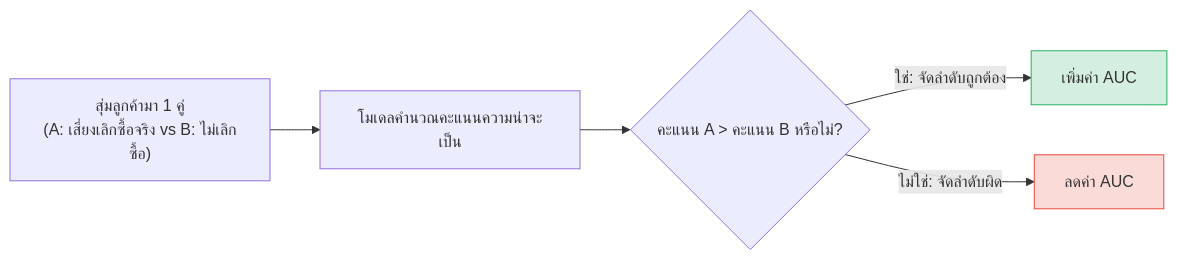
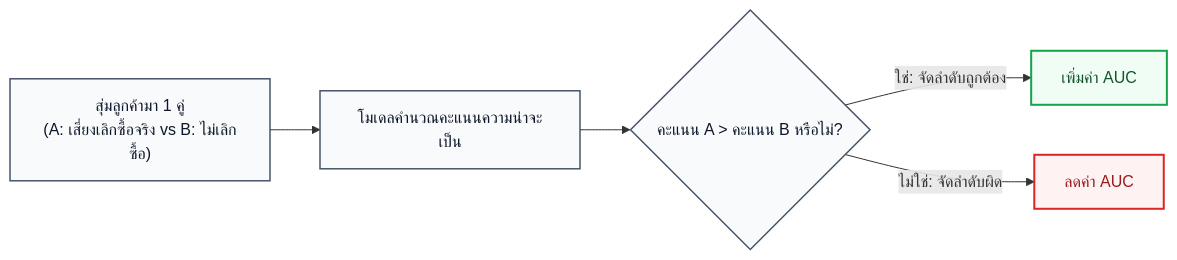
Before and after one commit to DataFabric-Academy/ms-fabric-data-science: the second of 2 diagrams in docs/05-mlflow-training.md, drawn with Mermaid. The commit also changed other lines of this file and 6 other files, not shown here.

````diff
--- a/docs/05-mlflow-training.md
+++ b/docs/05-mlflow-training.md
@@ -60,11 +69,16 @@
 ```mermaid
 flowchart LR
     A["สุ่มลูกค้ามา 1 คู่<br/>(A: เสี่ยงเลิกซื้อจริง vs B: ไม่เลิกซื้อ)"]
     --> B["โมเดลคำนวณคะแนนความน่าจะเป็น"]
     --> C{"คะแนน A > คะแนน B หรือไม่?"}
     C -->|ใช่: จัดลำดับถูกต้อง| D["เพิ่มค่า AUC"]
     C -->|ไม่ใช่: จัดลำดับผิด| E["ลดค่า AUC"]
 
-    style D fill:#d4efdf,stroke:#27ae60
-    style E fill:#fadbd8,stroke:#e74c3c
+    classDef flowNode fill:#f8fafc,stroke:#475569,stroke-width:1.5px,color:#0f172a;
+    classDef successNode fill:#f0fdf4,stroke:#16a34a,stroke-width:2px,color:#14532d;
+    classDef failNode fill:#fef2f2,stroke:#dc2626,stroke-width:2px,color:#991b1b;
+
+    class A,B,C flowNode;
+    class D successNode;
+    class E failNode;
 ```
````
